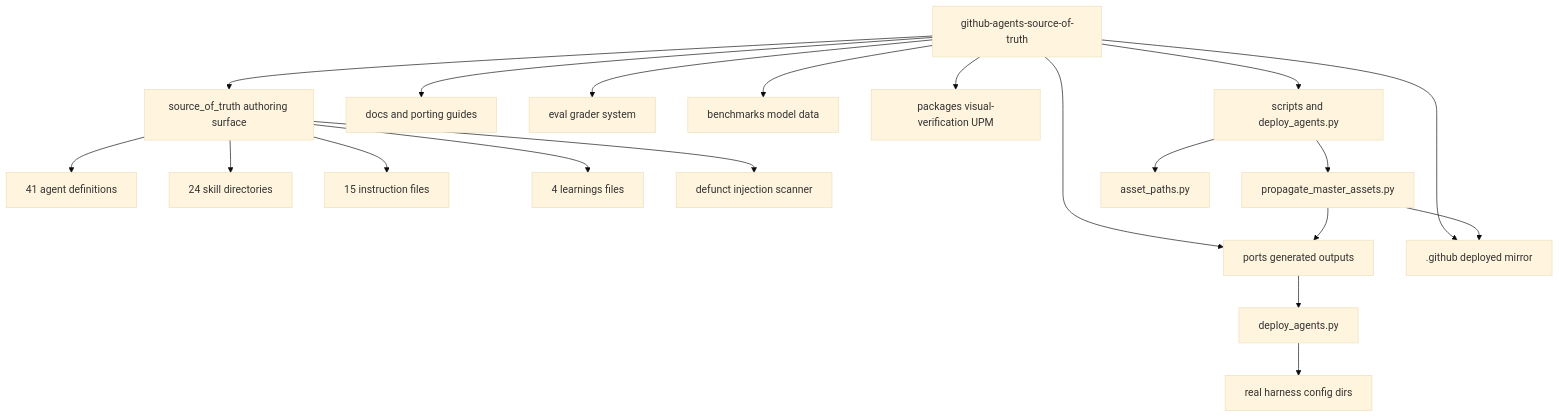
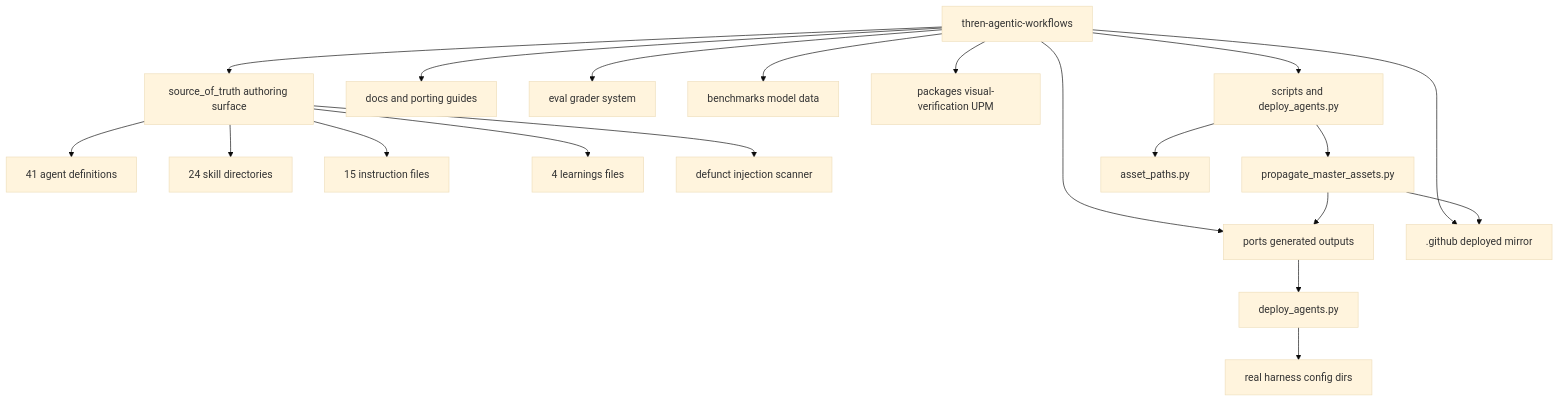
One commit to threnjen/thren-agentic-workflows changed the first of 4 diagrams in docs/ARCHITECTURE.md. Above: the diagram before and after it, drawn with Mermaid (base theme). The commit also changed 23 other files, not shown here.

````diff
--- a/docs/ARCHITECTURE.md
+++ b/docs/ARCHITECTURE.md
@@ -23,26 +23,26 @@
 ```mermaid
 flowchart TD
-    Root[github-agents-source-of-truth]
+    Root[thren-agentic-workflows]
 
     Root --> SOT[source_of_truth authoring surface]
     Root --> Ports[ports generated outputs]
     Root --> DotGithub[.github deployed mirror]
     Root --> Docs[docs and porting guides]
     Root --> Eval[eval grader system]
     Root --> Bench[benchmarks model data]
     Root --> Pkg[packages visual-verification UPM]
     Root --> Scripts[scripts and deploy_agents.py]
 
     SOT --> Agents[41 agent definitions]
     SOT --> Skills[24 skill directories]
     SOT --> Instructions[15 instruction files]
     SOT --> Learnings[4 learnings files]
     SOT --> Hooks[defunct injection scanner]
 
     Scripts --> Propagate[propagate_master_assets.py]
     Scripts --> Shared[asset_paths.py]
     Propagate --> Ports
     Propagate --> DotGithub
     Deploy[deploy_agents.py] --> RealDirs[real harness config dirs]
     Ports --> Deploy
 ```
````
